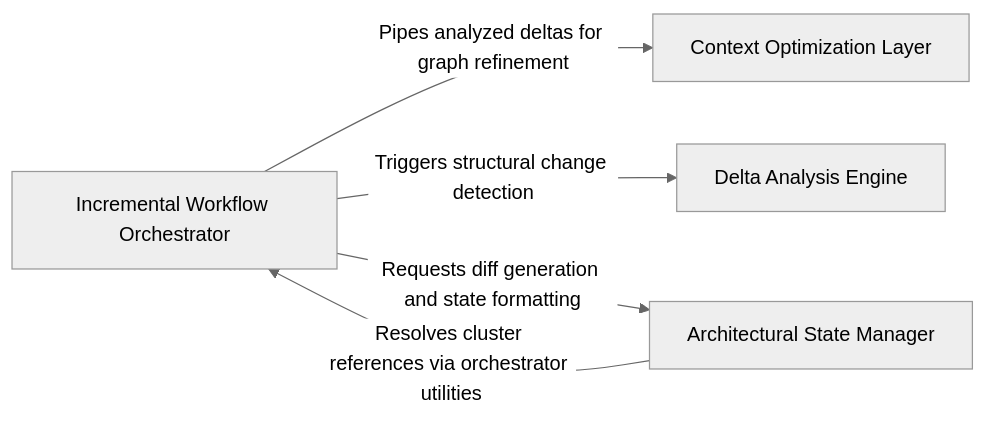
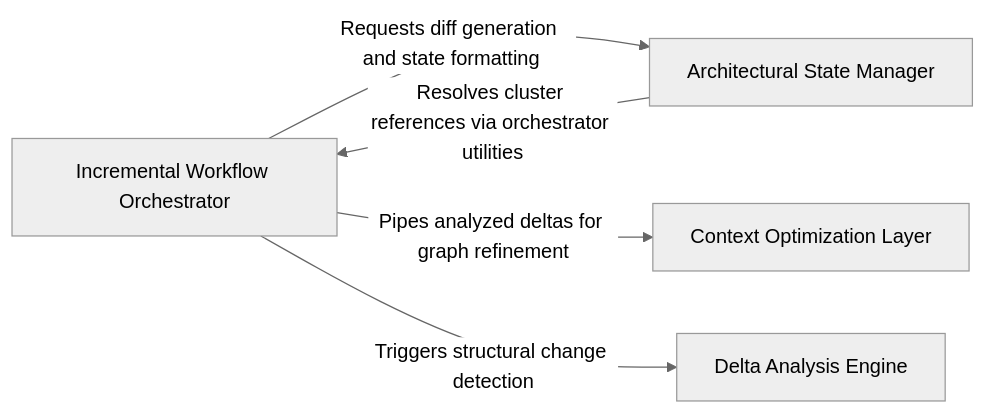
The diagram in .codeboarding/Incremental_Intelligence_Unit.md (CodeBoarding/CodeBoarding), drawn with Mermaid (neutral theme) before and after one commit. The commit also changed other lines of this file and 62 other files, not shown here.

Commit message:
chore(codeboarding): sync architecture baseline

````diff
--- a/.codeboarding/Incremental_Intelligence_Unit.md
+++ b/.codeboarding/Incremental_Intelligence_Unit.md
@@ -1,15 +1,14 @@
 ```mermaid
 graph LR
     Delta_Analysis_Engine["Delta Analysis Engine"]
     Incremental_Workflow_Orchestrator["Incremental Workflow Orchestrator"]
     Architectural_State_Manager["Architectural State Manager"]
     Context_Optimization_Layer["Context Optimization Layer"]
+    Incremental_Workflow_Orchestrator -- "Requests diff generation and state formatting" --> Architectural_State_Manager
     Incremental_Workflow_Orchestrator -- "Pipes analyzed deltas for graph refinement" --> Context_Optimization_Layer
     Incremental_Workflow_Orchestrator -- "Triggers structural change detection" --> Delta_Analysis_Engine
-    Incremental_Workflow_Orchestrator -- "Requests diff generation and state formatting" --> Architectural_State_Manager
     Architectural_State_Manager -- "Resolves cluster references via orchestrator utilities" --> Incremental_Workflow_Orchestrator
     click Delta_Analysis_Engine href "https://github.com/CodeBoarding/CodeBoarding/blob/main/.codeboarding/Delta_Analysis_Engine.md" "Details"
     click Incremental_Workflow_Orchestrator href "https://github.com/CodeBoarding/CodeBoarding/blob/main/.codeboarding/Incremental_Workflow_Orchestrator.md" "Details"
-    click Architectural_State_Manager href "https://github.com/CodeBoarding/CodeBoarding/blob/main/.codeboarding/Architectural_State_Manager.md" "Details"
     click Context_Optimization_Layer href "https://github.com/CodeBoarding/CodeBoarding/blob/main/.codeboarding/Context_Optimization_Layer.md" "Details"
 ```
````
